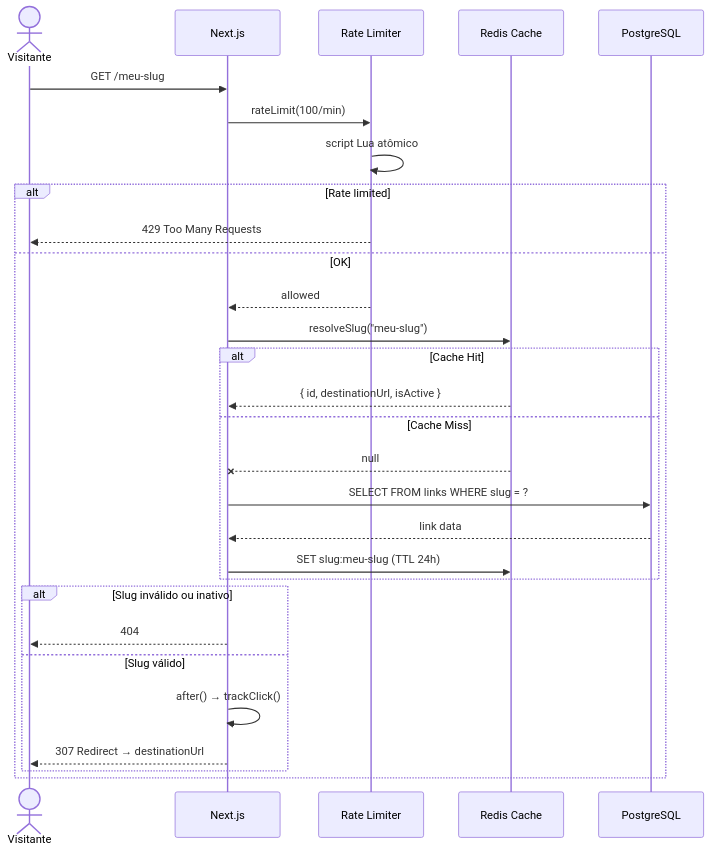
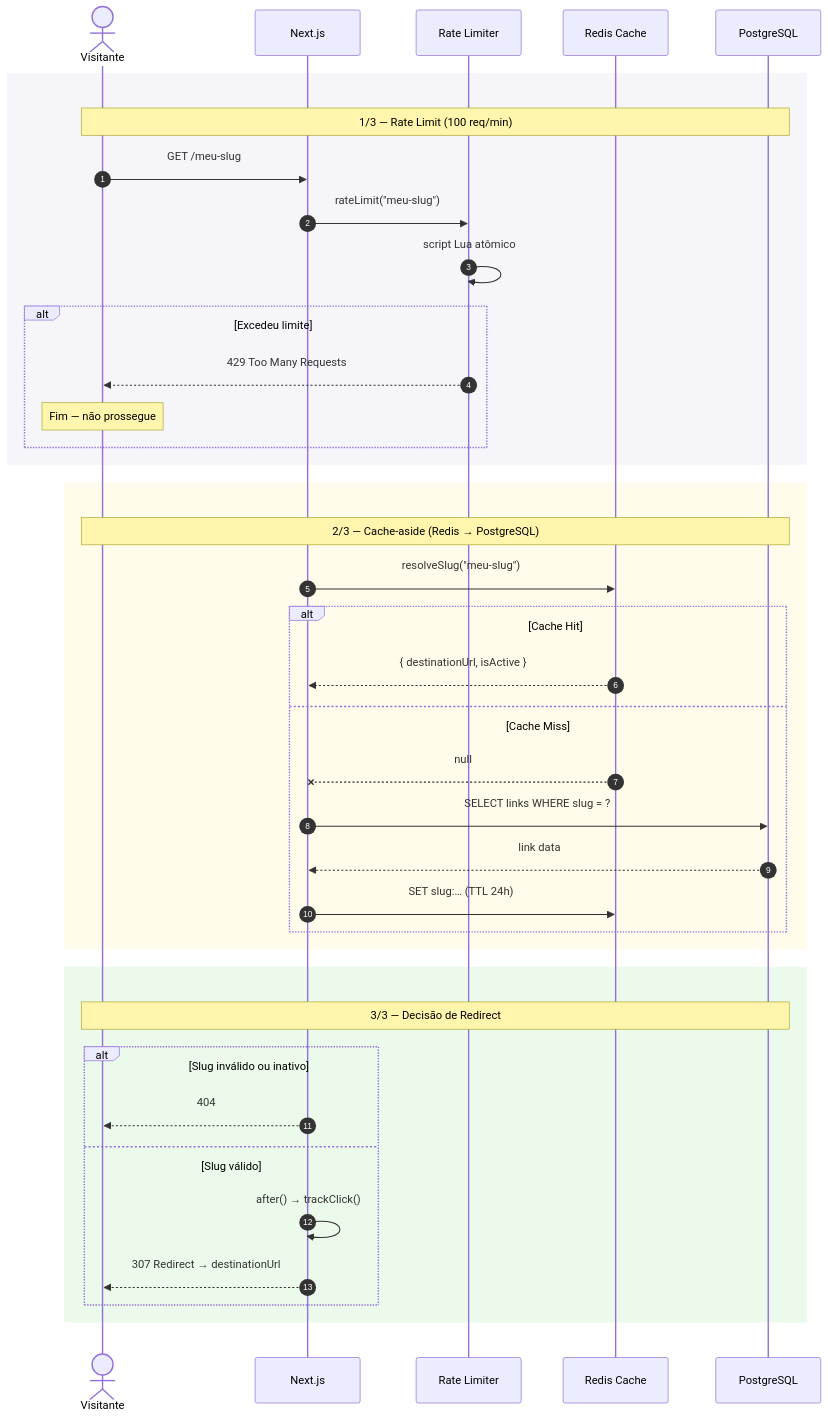
One commit to eduardoaugustolb/encurtador-url changed the first of 5 diagrams in docs/fluxo-de-dados.md. Above: the diagram before and after it, drawn with Mermaid. The commit also changed other lines of this file and 3 other files, not shown here.

Commit message:
docs: reorganize mermaid diagrams with spacing, autonumber, and color-coded phases

````diff
--- a/docs/fluxo-de-dados.md
+++ b/docs/fluxo-de-dados.md
@@ -5,32 +5,44 @@
 ```mermaid
+%%{init: {'sequence': {'actorMargin': 60, 'boxMargin': 25}}}%%
 sequenceDiagram
+    autonumber
     actor V as Visitante
     participant N as Next.js
     participant RL as Rate Limiter
     participant C as Redis Cache
     participant DB as PostgreSQL
 
-    V->>N: GET /meu-slug
-    N->>RL: rateLimit(100/min)
-    RL->>RL: script Lua atômico
-    alt Rate limited
-        RL-->>V: 429 Too Many Requests
-    else OK
-        RL-->>N: allowed
+    rect rgb(245, 245, 250)
+        Note over V,DB: 1/3 — Rate Limit (100 req/min)
+        V->>N: GET /meu-slug
+        N->>RL: rateLimit("meu-slug")
+        RL->>RL: script Lua atômico
+        alt Excedeu limite
+            RL-->>V: 429 Too Many Requests
+            Note over V: Fim — não prossegue
+        end
+    end
+
+    rect rgb(255, 252, 235)
+        Note over V,DB: 2/3 — Cache-aside (Redis → PostgreSQL)
         N->>C: resolveSlug("meu-slug")
         alt Cache Hit
-            C-->>N: { id, destinationUrl, isActive }
+            C-->>N: { destinationUrl, isActive }
         else Cache Miss
             C--xN: null
-            N->>DB: SELECT FROM links WHERE slug = ?
+            N->>DB: SELECT links WHERE slug = ?
             DB-->>N: link data
-            N->>C: SET slug:meu-slug (TTL 24h)
+            N->>C: SET slug:… (TTL 24h)
         end
+    end
+
+    rect rgb(235, 250, 235)
+        Note over V,DB: 3/3 — Decisão de Redirect
         alt Slug inválido ou inativo
             N-->>V: 404
         else Slug válido
             N->>N: after() → trackClick()
             N-->>V: 307 Redirect → destinationUrl
         end
     end
 ```
````
